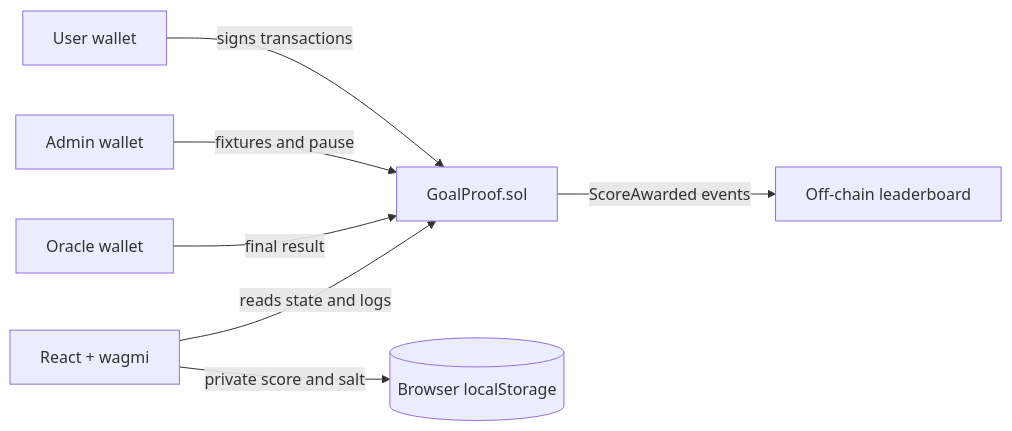
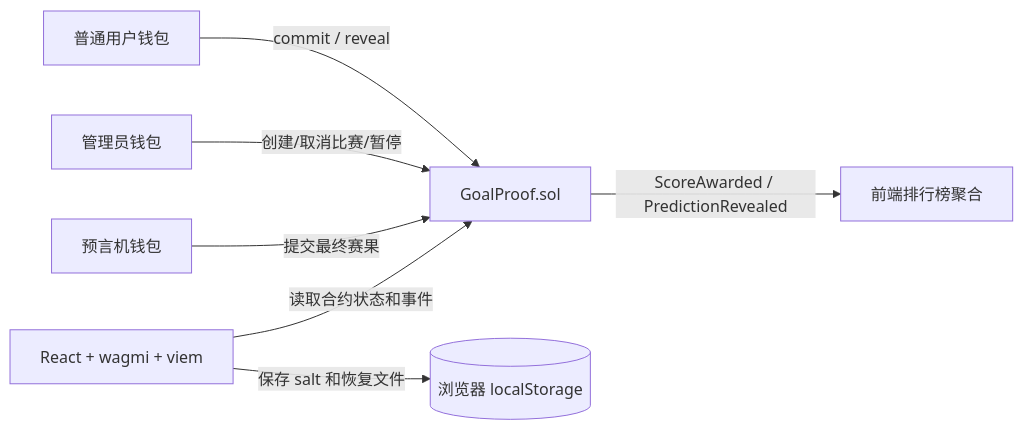
One commit to actmaoweihao/GoalProof_WD_CUP changed the first of 2 diagrams in docs/ARCHITECTURE.md. Above: the diagram before and after it, drawn with Mermaid. The commit also changed other lines of this file and 41 other files, not shown here.

````diff
--- a/docs/ARCHITECTURE.md
+++ b/docs/ARCHITECTURE.md
@@ -5,9 +7,9 @@
 ```mermaid
 flowchart LR
-  U[User wallet] -->|signs transactions| C[GoalProof.sol]
-  A[Admin wallet] -->|fixtures and pause| C
-  O[Oracle wallet] -->|final result| C
-  F[React + wagmi] -->|reads state and logs| C
-  F -->|private score and salt| L[(Browser localStorage)]
-  C -->|ScoreAwarded events| B[Off-chain leaderboard]
+  User[普通用户钱包] -->|commit / reveal| Contract[GoalProof.sol]
+  Admin[管理员钱包] -->|创建/取消比赛/暂停| Contract
+  Oracle[预言机钱包] -->|提交最终赛果| Contract
+  Frontend[React + wagmi + viem] -->|读取合约状态和事件| Contract
+  Frontend -->|保存 salt 和恢复文件| Local[(浏览器 localStorage)]
+  Contract -->|ScoreAwarded / PredictionRevealed| Board[前端排行榜聚合]
 ```
````
